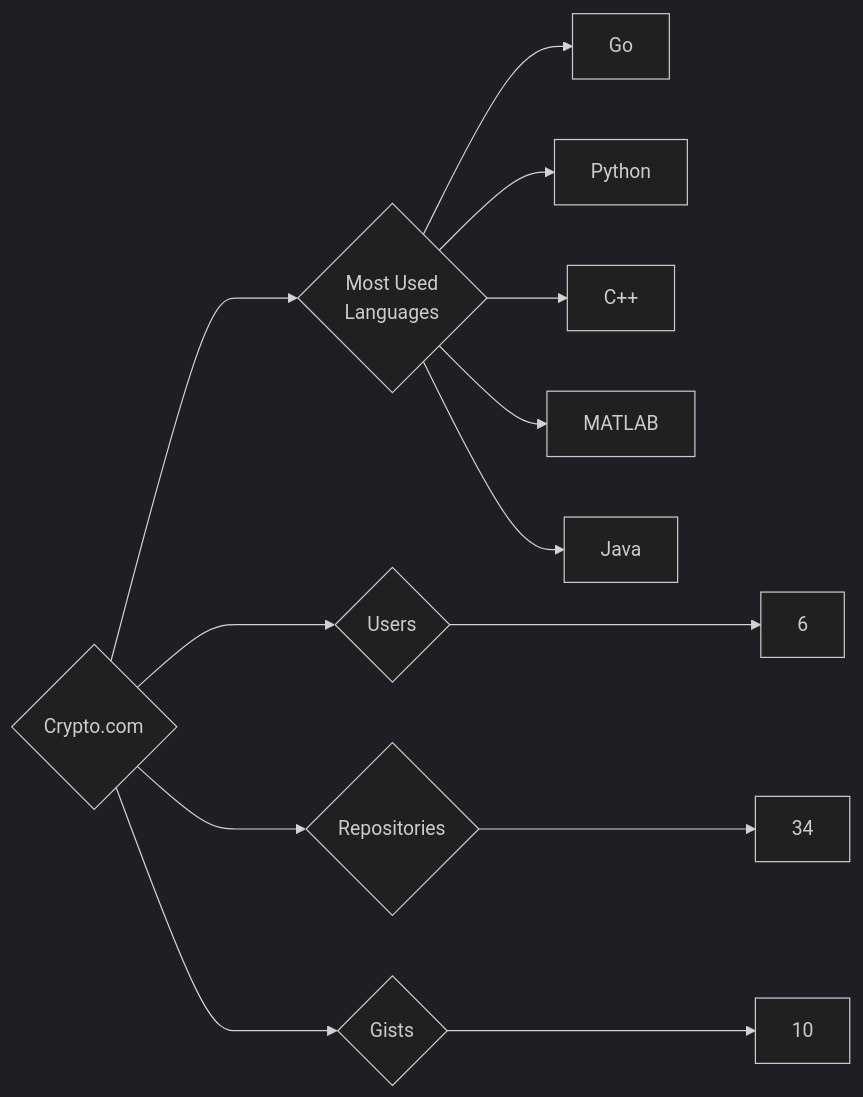
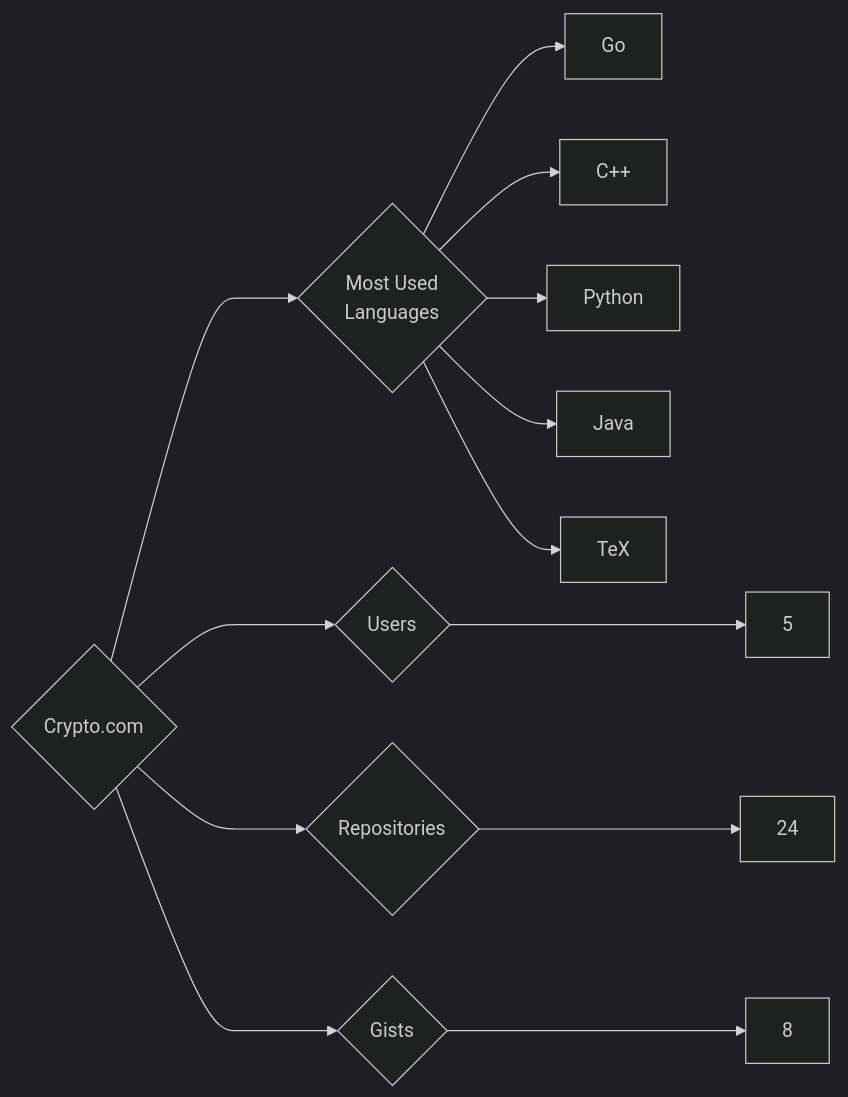
One commit to trickest/insiders changed the diagram in targets/Crypto.com/README.md. Above: the diagram before and after it, drawn with Mermaid (dark theme). The commit also changed 815 other files, not shown here.

````diff
--- a/targets/Crypto.com/README.md
+++ b/targets/Crypto.com/README.md
@@ -3,13 +3,13 @@
 ```mermaid
 graph LR
 COMPANY_NAME{Crypto.com}
-COMPANY_NAME ---> U{Users} ---> UN[6]
-COMPANY_NAME ---> R{Repositories} ---> RN[34]
-COMPANY_NAME ---> G{Gists} ---> GN[10]
+COMPANY_NAME ---> U{Users} ---> UN[5]
+COMPANY_NAME ---> R{Repositories} ---> RN[24]
+COMPANY_NAME ---> G{Gists} ---> GN[8]
 COMPANY_NAME ---> ML{Most Used<br>Languages}
 ML --> Go[Go]
+ML --> C++[C++]
 ML --> Python[Python]
-ML --> C++[C++]
-ML --> MATLAB[MATLAB]
 ML --> Java[Java]
+ML --> TeX[TeX]
 ```
````
